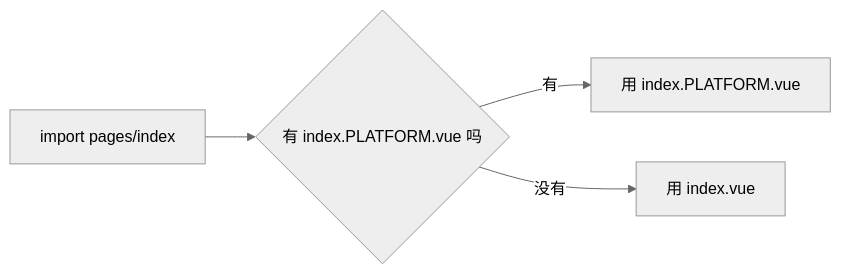
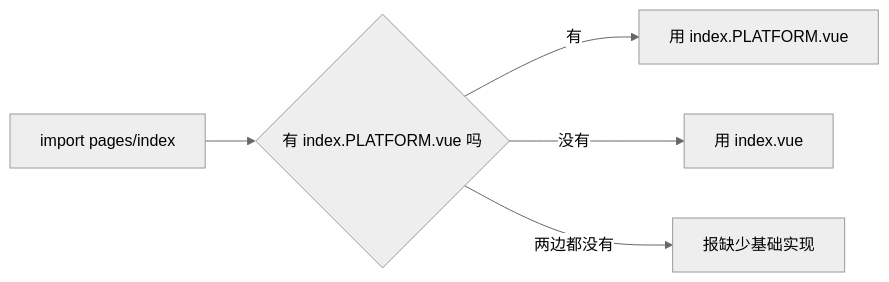
One commit to uni-helper/vite-plugin-uni-platform changed the diagram in README.md. Above: the diagram before and after it, drawn with Mermaid (neutral theme). The commit also changed other lines of this file and 1 other file, not shown here.

````diff
--- a/README.md
+++ b/README.md
@@ -88,6 +110,7 @@
 ```mermaid
 flowchart LR
     import["import pages/index"] --> exists{"有 index.PLATFORM.vue 吗"}
     exists -->|"有"| platform["用 index.PLATFORM.vue"]
     exists -->|"没有"| base["用 index.vue"]
+    exists -->|"两边都没有"| error["报缺少基础实现"]
 ```
````
